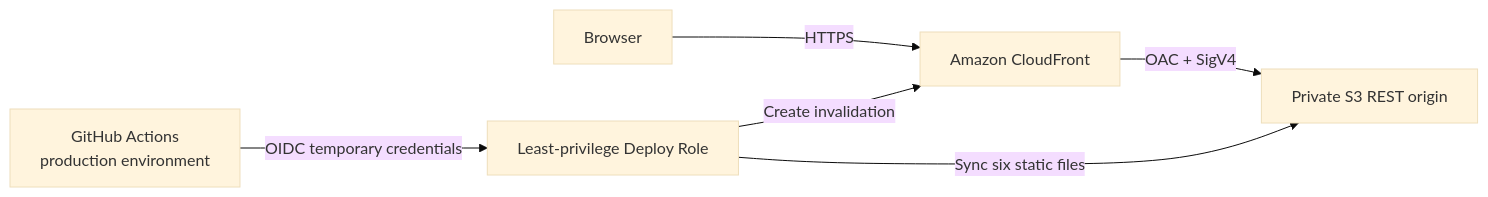
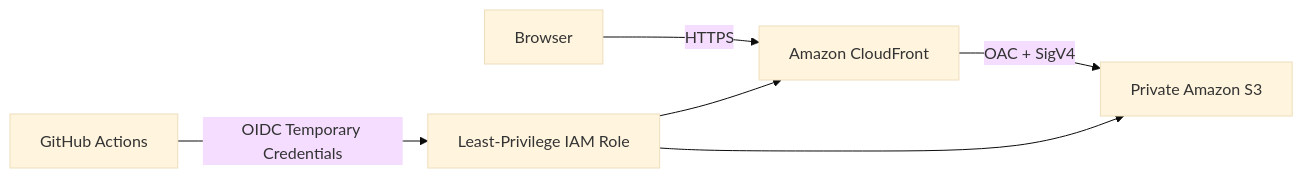
Before and after one commit to dbtjddn10-oss/dc-ops-simulator: the first of 2 diagrams in PROJECT_STATUS.md, drawn with Mermaid (base theme). The commit also changed other lines of this file and 2 other files, not shown here.

````diff
--- a/PROJECT_STATUS.md
+++ b/PROJECT_STATUS.md
@@ -75,8 +116,15 @@
 ```mermaid
 flowchart LR
-    Browser["Browser"] -->|HTTPS| CloudFront["Amazon CloudFront"]
-    CloudFront -->|"OAC + SigV4"| S3["Private S3 REST origin"]
-    Actions["GitHub Actions<br/>production environment"] -->|"OIDC temporary credentials"| Role["Least-privilege Deploy Role"]
-    Role -->|"Sync six static files"| S3
-    Role -->|"Create invalidation"| CloudFront
+
+    Browser["Browser"]
+        -->|"HTTPS"| CloudFront["Amazon CloudFront"]
+
+    CloudFront
+        -->|"OAC + SigV4"| S3["Private Amazon S3"]
+
+    Actions["GitHub Actions"]
+        -->|"OIDC Temporary Credentials"| Role["Least-Privilege IAM Role"]
+
+    Role --> S3
+    Role --> CloudFront
 ```
````
